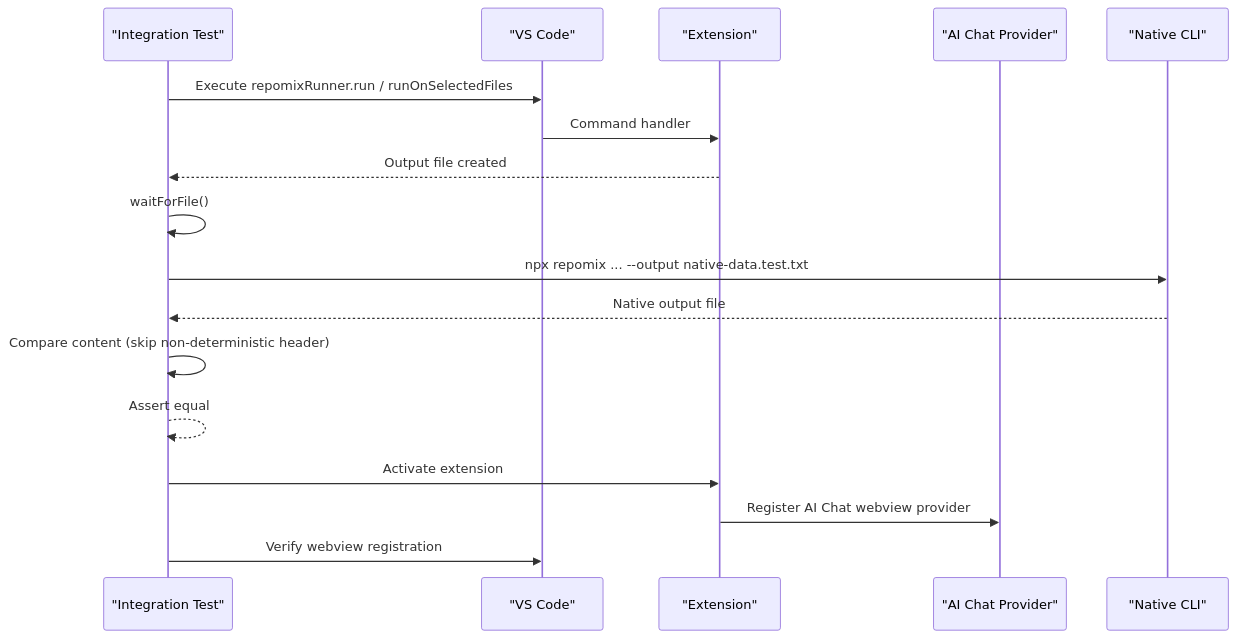
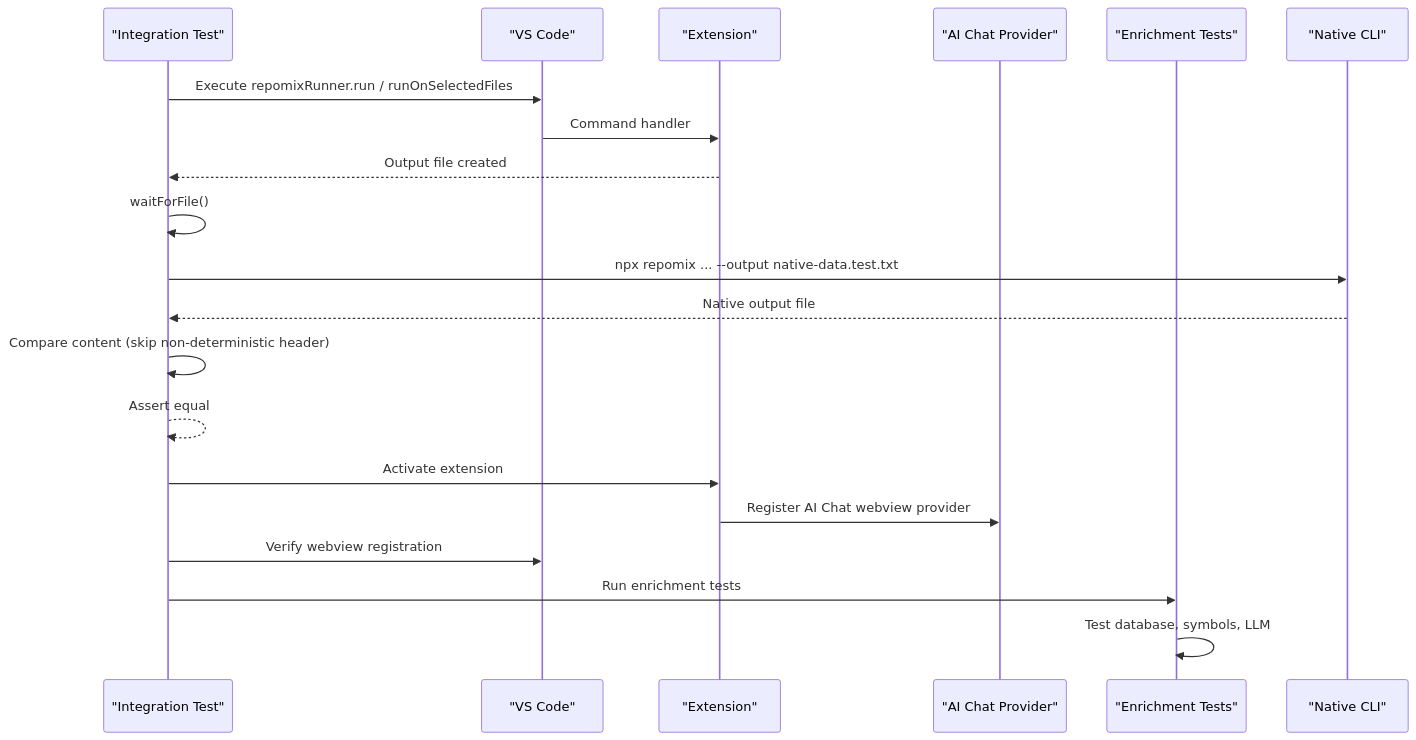
Before and after one commit to bramburn/repomix-runner: diagram 21 of 22 in .qoder/repowiki/en/content/Testing Framework/Testing Framework.md, drawn with Mermaid. The commit also changed other lines of this file and 14 other files, not shown here.

````diff
--- a/.qoder/repowiki/en/content/Testing Framework/Testing Framework.md
+++ b/.qoder/repowiki/en/content/Testing Framework/Testing Framework.md
@@ -566,19 +724,22 @@
 ```mermaid
 sequenceDiagram
 participant IT as "Integration Test"
 participant VS as "VS Code"
 participant EXT as "Extension"
 participant AC as "AI Chat Provider"
+participant ENR as "Enrichment Tests"
 participant CLI as "Native CLI"
 IT->>VS : Execute repomixRunner.run / runOnSelectedFiles
 VS->>EXT : Command handler
 EXT-->>IT : Output file created
 IT->>IT : waitForFile()
 IT->>CLI : npx repomix ... --output native-data.test.txt
 CLI-->>IT : Native output file
 IT->>IT : Compare content (skip non-deterministic header)
 IT-->>IT : Assert equal
 IT->>EXT : Activate extension
 EXT->>AC : Register AI Chat webview provider
 IT->>VS : Verify webview registration
+IT->>ENR : Run enrichment tests
+ENR->>ENR : Test database, symbols, LLM
 ```
````
